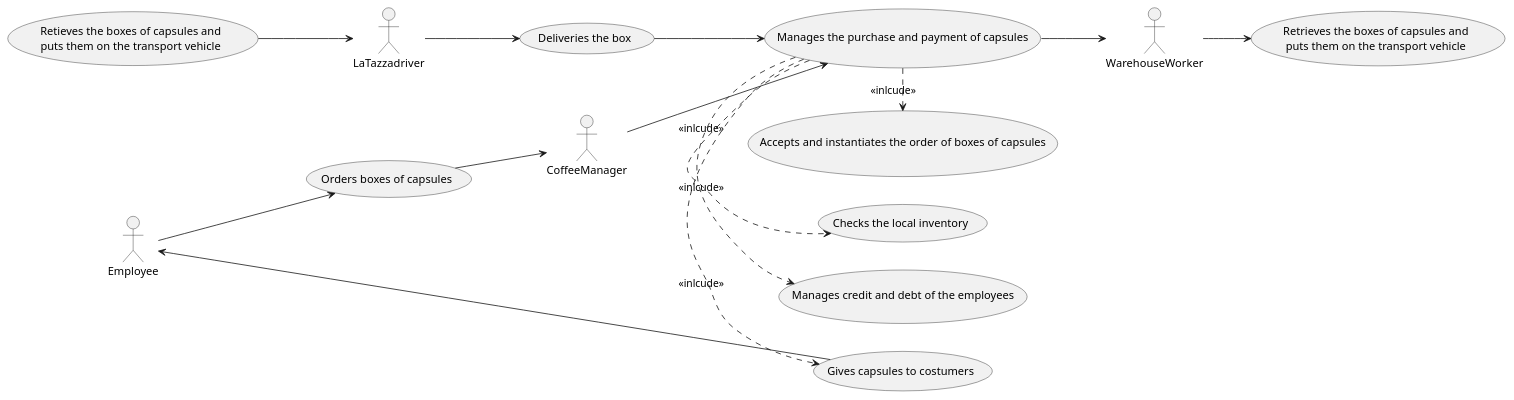
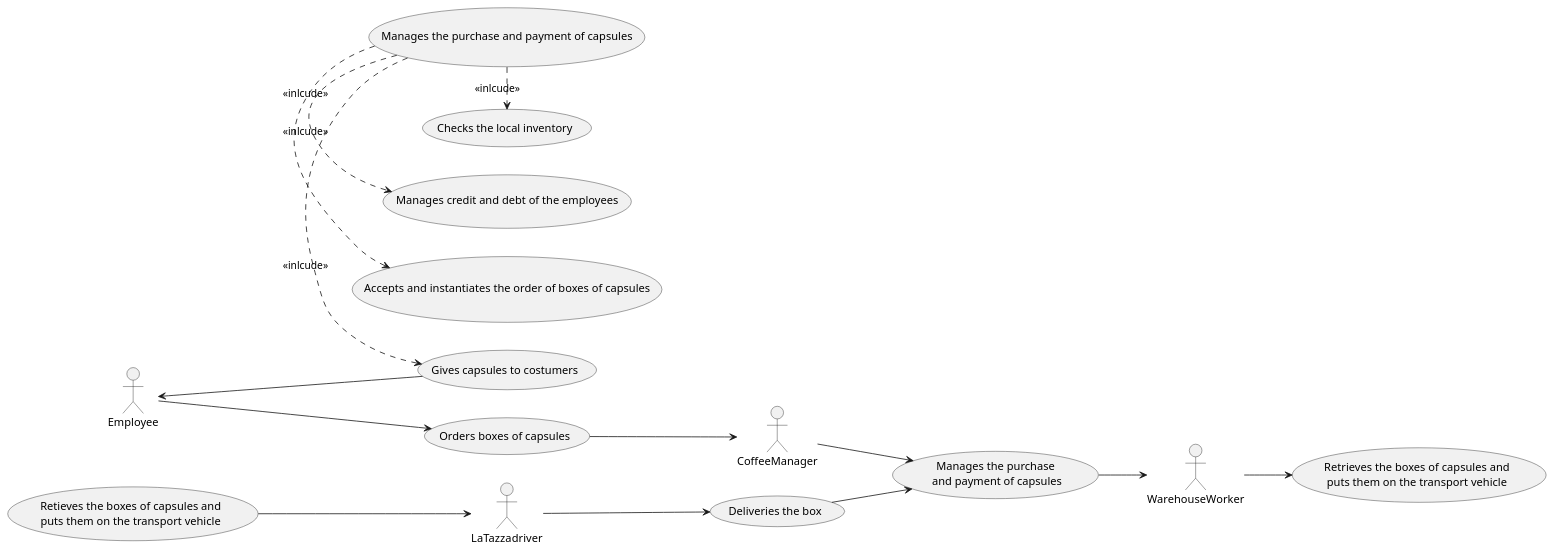
The second of 4 diagrams in templates/RequirementsTemplate.md (salvatore-dimartino/LaTazza), drawn with PlantUML before and after one commit.

````diff
--- a/templates/RequirementsTemplate.md
+++ b/templates/RequirementsTemplate.md
@@ -276,29 +276,29 @@
 ```plantuml
 @startuml
 
 left to right direction 
 skinparam packageStyle rectangle
 
 actor CoffeeManager as c
 actor Employee as e
 actor WarehouseWorker as w
 actor LaTazzadriver as d
 
 e --> (Orders boxes of capsules)
 (Orders boxes of capsules) --> c
-c --> (Manages the purchase and payment of capsules)
-(Manages the purchase and payment of capsules) --> w
+c --> (Manages the purchase\n and payment of capsules)
+(Manages the purchase\n and payment of capsules) --> w
 w --> (Retrieves the boxes of capsules and\nputs them on the transport vehicle)
 (Retieves the boxes of capsules and\nputs them on the transport vehicle) --> d
 d --> (Deliveries the box)
-(Deliveries the box) --> (Manages the purchase and payment of capsules)
+(Deliveries the box) --> (Manages the purchase\n and payment of capsules)
 
 (Manages the purchase and payment of capsules) .> (Gives capsules to costumers) : <<inlcude>>
 (Manages the purchase and payment of capsules) .> (Accepts and instantiates the order of boxes of capsules) : <<inlcude>>
 (Manages the purchase and payment of capsules) .> (Manages credit and debt of the employees) : <<inlcude>>
 (Manages the purchase and payment of capsules) .> (Checks the local inventory) : <<inlcude>>
 
 e <-- (Gives capsules to costumers)
 
 @enduml
 ```
````
